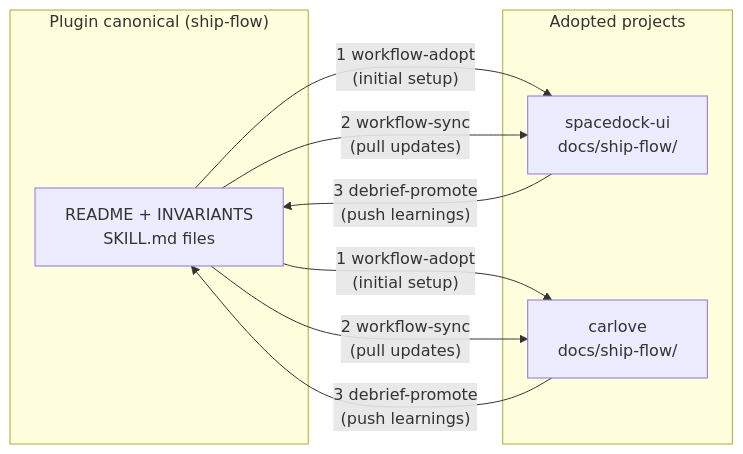
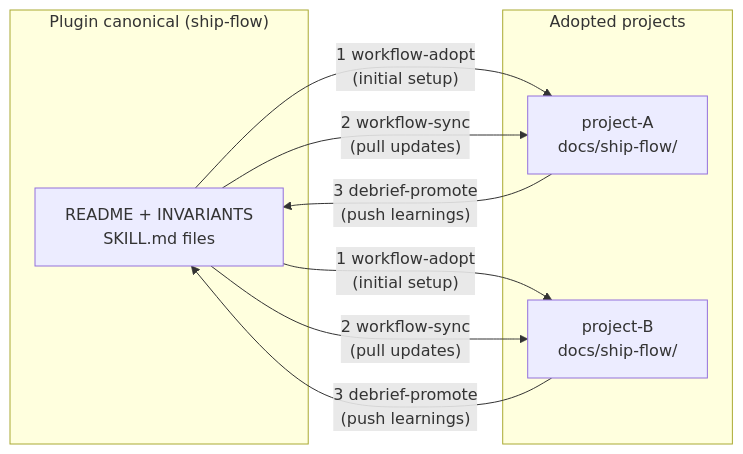
Before and after one commit to iamcxa/spacedock-workflows: the diagram in plugins/ship-flow/README.md, drawn with Mermaid. The commit also changed other lines of this file and 22 other files, not shown here.

First line of the commit message:
fix(ship-flow): remove dead spacedock:overhaul refs and host-coupling notes

````diff
--- a/plugins/ship-flow/README.md
+++ b/plugins/ship-flow/README.md
@@ -345,17 +345,17 @@
 ```mermaid
 flowchart LR
   subgraph Plugin["Plugin canonical (ship-flow)"]
     P[README + INVARIANTS\nSKILL.md files]
   end
   subgraph Projects["Adopted projects"]
-    A[spacedock-ui\ndocs/ship-flow/]
-    B[carlove\ndocs/ship-flow/]
+    A[project-A\ndocs/ship-flow/]
+    B[project-B\ndocs/ship-flow/]
   end
 
   P -- "1 workflow-adopt\n(initial setup)" --> A
   P -- "1 workflow-adopt\n(initial setup)" --> B
   P -- "2 workflow-sync\n(pull updates)" --> A
   P -- "2 workflow-sync\n(pull updates)" --> B
   A -- "3 debrief-promote\n(push learnings)" --> P
   B -- "3 debrief-promote\n(push learnings)" --> P
 ```
````
